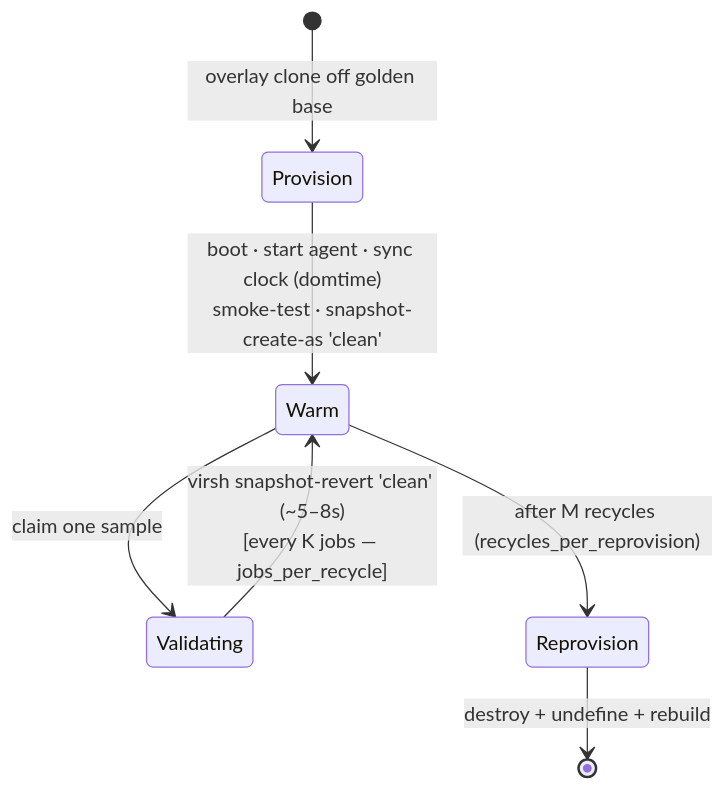
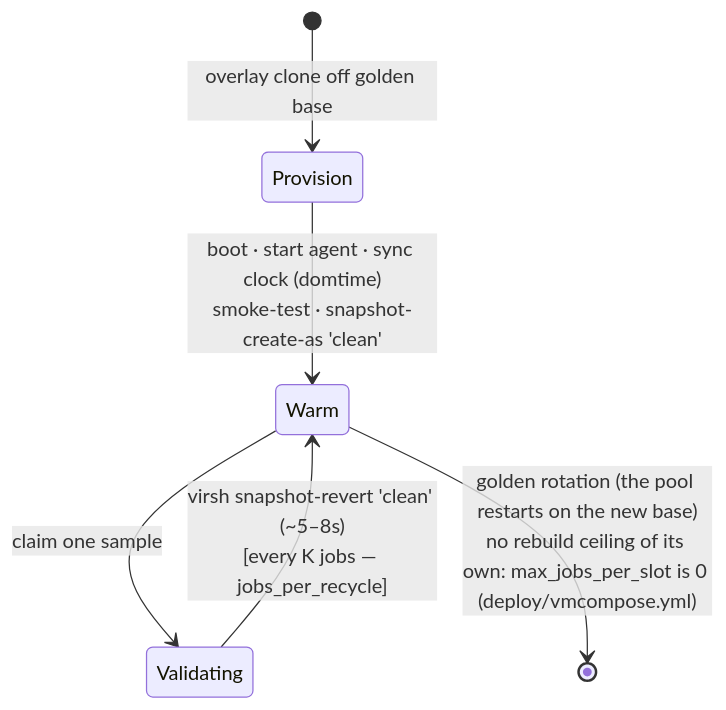
One commit to wmetcalf/win-validator changed the second of 2 diagrams in README.md. Above: the diagram before and after it, drawn with Mermaid. The commit also changed other lines of this file and 1 other file, not shown here.

First line of the commit message:
docs: the egress posture is opt-in and says so; the recycle diagram loses a ceiling that never existed

````diff
--- a/README.md
+++ b/README.md
@@ -81,9 +81,8 @@
 ```mermaid
 stateDiagram-v2
     [*] --> Provision: overlay clone off golden base
     Provision --> Warm: boot · start agent · sync clock (domtime)<br/>smoke-test · snapshot-create-as 'clean'
     Warm --> Validating: claim one sample
     Validating --> Warm: virsh snapshot-revert 'clean' (~5–8s)<br/>[every K jobs — jobs_per_recycle]
-    Warm --> Reprovision: after M recycles (recycles_per_reprovision)
-    Reprovision --> [*]: destroy + undefine + rebuild
+    Warm --> [*]: golden rotation (the pool restarts on the new base)<br/>no rebuild ceiling of its own: max_jobs_per_slot is 0 (deploy/vmcompose.yml)
 ```
````
